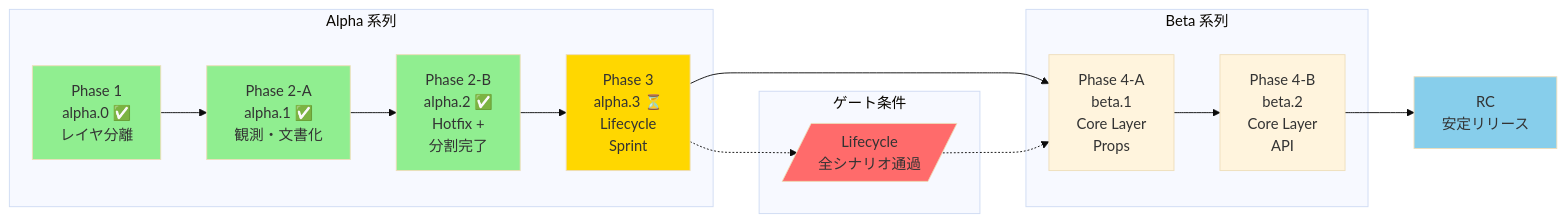
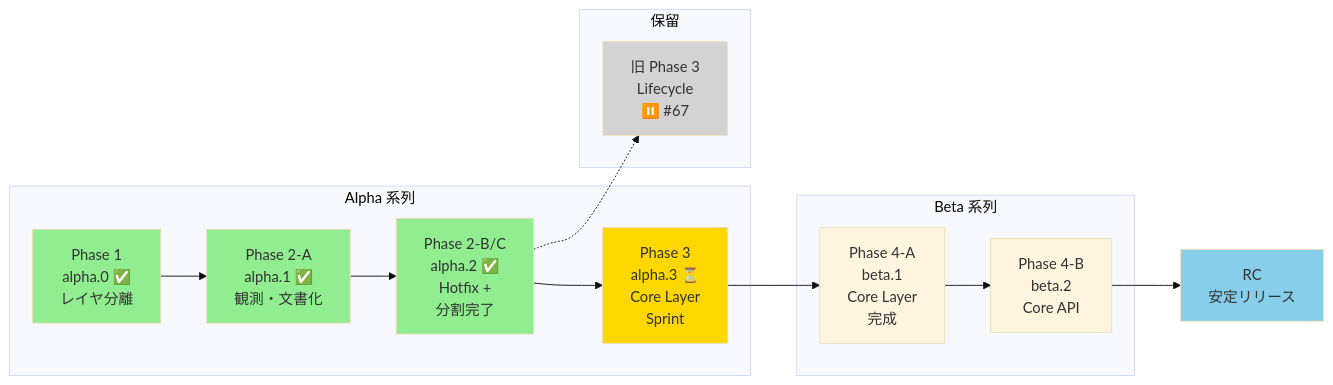
The diagram in .claude/rules/milestones.md (Pluglug/pie-menu-editor-fork), drawn with Mermaid (base theme) before and after one commit. The commit also changed other lines of this file, not shown here.

First line of the commit message:
Update milestones: Phase 3 becomes Core Layer Sprint

````diff
--- a/.claude/rules/milestones.md
+++ b/.claude/rules/milestones.md
@@ -364,32 +375,30 @@
 ```mermaid
 flowchart LR
     subgraph Alpha["Alpha 系列"]
         P1["Phase 1<br/>alpha.0 ✅<br/>レイヤ分離"]
         P2A["Phase 2-A<br/>alpha.1 ✅<br/>観測・文書化"]
-        P2B["Phase 2-B<br/>alpha.2 ✅<br/>Hotfix +<br/>分割完了"]
-        P3["Phase 3<br/>alpha.3 ⏳<br/>Lifecycle<br/>Sprint"]
+        P2B["Phase 2-B/C<br/>alpha.2 ✅<br/>Hotfix +<br/>分割完了"]
+        P3["Phase 3<br/>alpha.3 ⏳<br/>Core Layer<br/>Sprint"]
     end
 
     subgraph Beta["Beta 系列"]
-        P4A["Phase 4-A<br/>beta.1<br/>Core Layer<br/>Props"]
-        P4B["Phase 4-B<br/>beta.2<br/>Core Layer<br/>API"]
+        P4A["Phase 4-A<br/>beta.1<br/>Core Layer<br/>完成"]
+        P4B["Phase 4-B<br/>beta.2<br/>Core API"]
+    end
+
+    subgraph Deferred["保留"]
+        PX["旧 Phase 3<br/>Lifecycle<br/>⏸️ #67"]
     end
 
     RC["RC<br/>安定リリース"]
 
     P1 --> P2A --> P2B --> P3 --> P4A --> P4B --> RC
-
-    subgraph Gate["ゲート条件"]
-        G[/"Lifecycle<br/>全シナリオ通過"/]
-    end
-
-    P3 -.-> G
-    G -.-> P4A
+    P2B -.-> PX
 
     style P1 fill:#90EE90
     style P2A fill:#90EE90
     style P2B fill:#90EE90
     style P3 fill:#FFD700
-    style G fill:#FF6B6B
+    style PX fill:#D3D3D3
     style RC fill:#87CEEB
 ```
````
